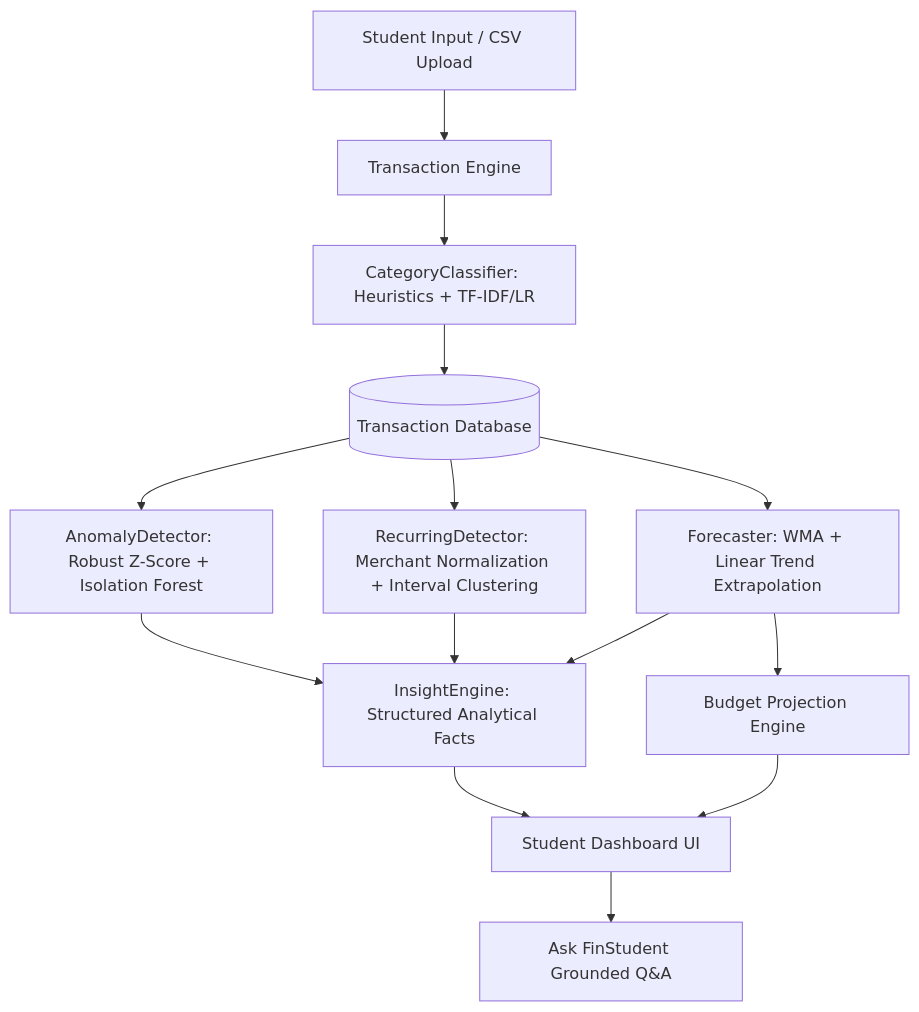
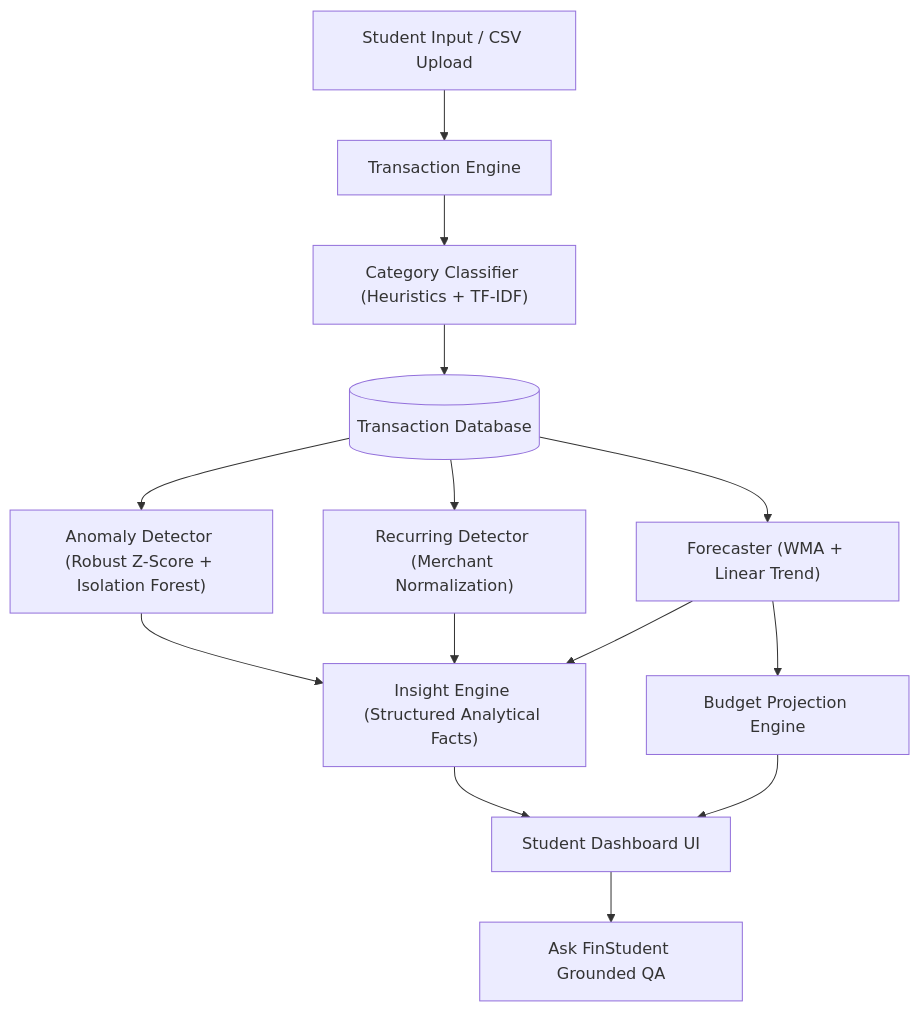
The diagram in README.md (ReasonableExcuses/FinStudentAI), drawn with Mermaid before and after one commit. The commit also changed other lines of this file and 1 other file, not shown here.

Commit message:
fix: resolve GitHub rich display error and eliminate mobile navbar overflow

````diff
--- a/README.md
+++ b/README.md
@@ -118,16 +118,16 @@
 ```mermaid
 flowchart TD
-    A[Student Input / CSV Upload] --> B[Transaction Engine]
-    B --> C[CategoryClassifier: Heuristics + TF-IDF/LR]
-    C --> D[(Transaction Database)]
-    D --> E[AnomalyDetector: Robust Z-Score + Isolation Forest]
-    D --> F[RecurringDetector: Merchant Normalization + Interval Clustering]
-    D --> G[Forecaster: WMA + Linear Trend Extrapolation]
-    E --> H[InsightEngine: Structured Analytical Facts]
+    A["Student Input / CSV Upload"] --> B["Transaction Engine"]
+    B --> C["Category Classifier (Heuristics + TF-IDF)"]
+    C --> D[("Transaction Database")]
+    D --> E["Anomaly Detector (Robust Z-Score + Isolation Forest)"]
+    D --> F["Recurring Detector (Merchant Normalization)"]
+    D --> G["Forecaster (WMA + Linear Trend)"]
+    E --> H["Insight Engine (Structured Analytical Facts)"]
     F --> H
     G --> H
-    G --> I[Budget Projection Engine]
-    H --> J[Student Dashboard UI]
+    G --> I["Budget Projection Engine"]
+    H --> J["Student Dashboard UI"]
     I --> J
-    J --> K[Ask FinStudent Grounded Q&A]
+    J --> K["Ask FinStudent Grounded QA"]
 ```
````
